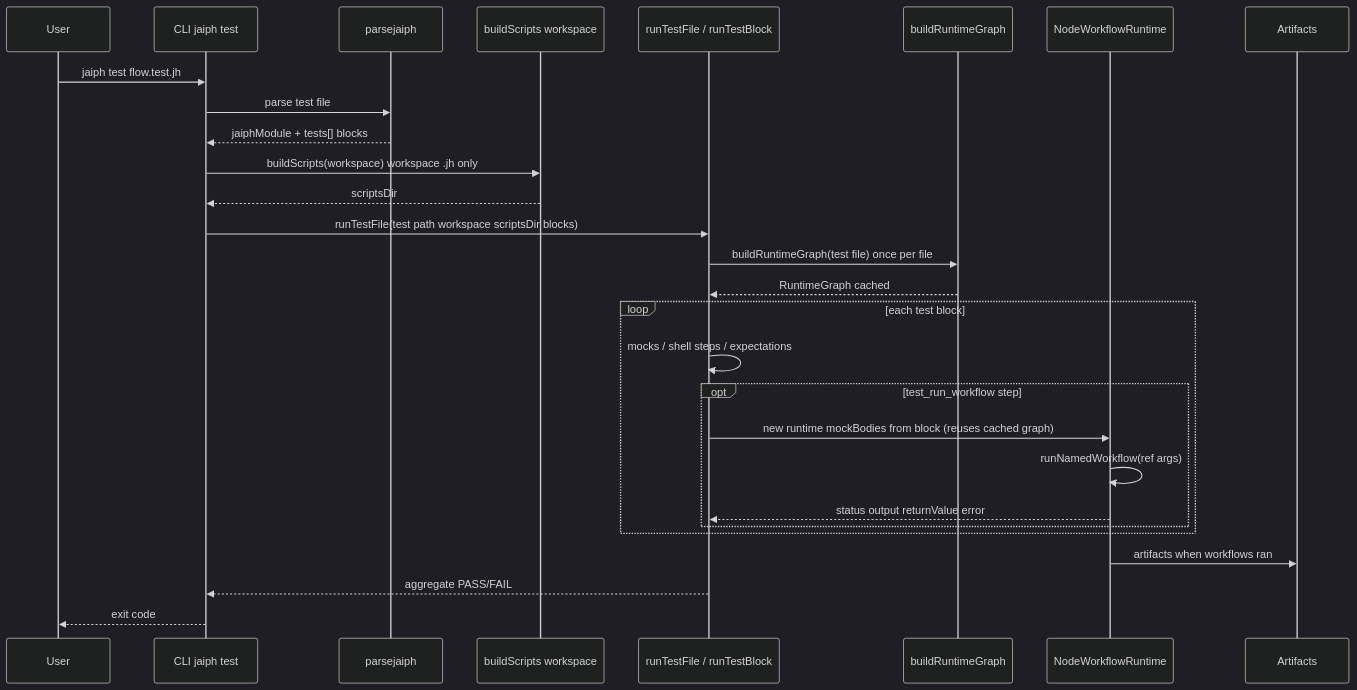
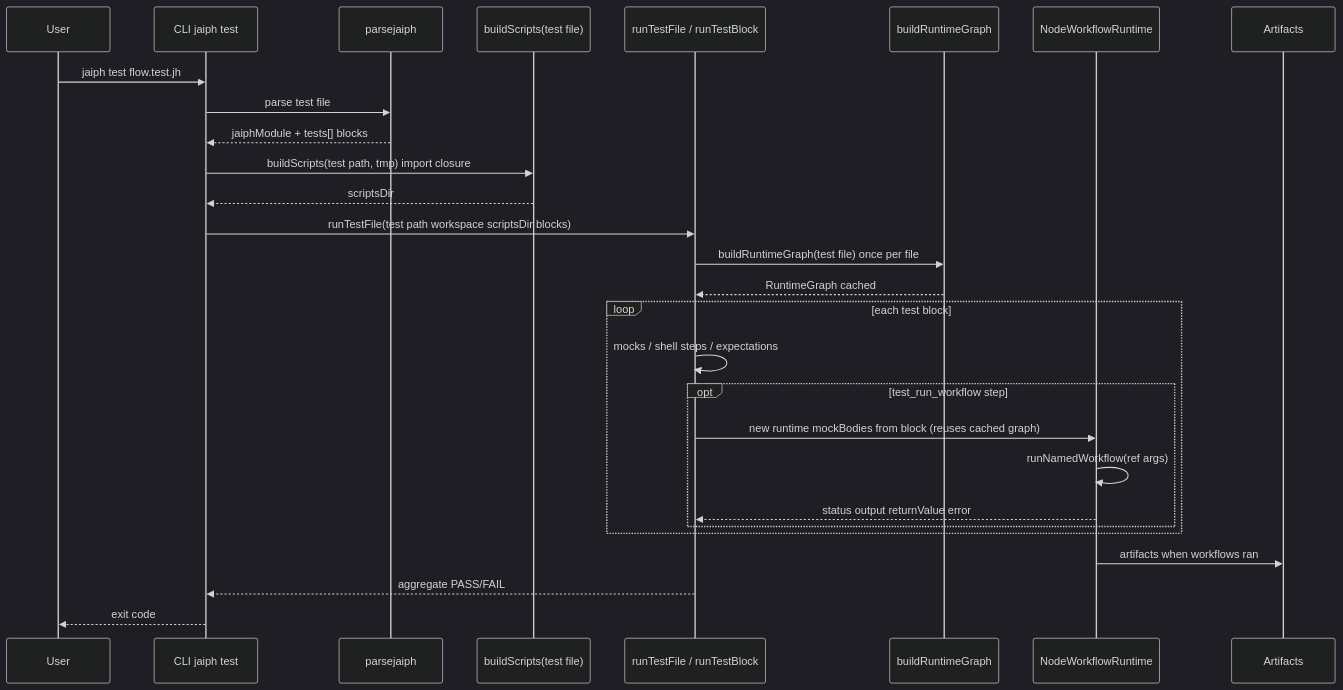
One commit to jaiphlang/jaiph changed the third of 3 diagrams in docs/architecture.md. Above: the diagram before and after it, drawn with Mermaid (dark theme). The commit also changed other lines of this file and 19 other files, not shown here.

````diff
--- a/docs/architecture.md
+++ b/docs/architecture.md
@@ -224,31 +224,31 @@
 ```mermaid
 sequenceDiagram
     participant User
     participant CLI as CLI jaiph test
     participant Parser as parsejaiph
-    participant Prep as buildScripts workspace
+    participant Prep as buildScripts(test file)
     participant TestRunner as runTestFile / runTestBlock
     participant Graph as buildRuntimeGraph
     participant Runtime as NodeWorkflowRuntime
     participant Report as Artifacts
 
     User->>CLI: jaiph test flow.test.jh
     CLI->>Parser: parse test file
     Parser-->>CLI: jaiphModule + tests[] blocks
-    CLI->>Prep: buildScripts(workspace) workspace .jh only
+    CLI->>Prep: buildScripts(test path, tmp) import closure
     Prep-->>CLI: scriptsDir
     CLI->>TestRunner: runTestFile(test path workspace scriptsDir blocks)
     TestRunner->>Graph: buildRuntimeGraph(test file) once per file
     Graph-->>TestRunner: RuntimeGraph cached
     loop each test block
         TestRunner->>TestRunner: mocks / shell steps / expectations
         opt test_run_workflow step
             TestRunner->>Runtime: new runtime mockBodies from block (reuses cached graph)
             Runtime->>Runtime: runNamedWorkflow(ref args)
             Runtime-->>TestRunner: status output returnValue error
         end
     end
     Runtime->>Report: artifacts when workflows ran
     TestRunner-->>CLI: aggregate PASS/FAIL
     CLI-->>User: exit code
 ```
````
